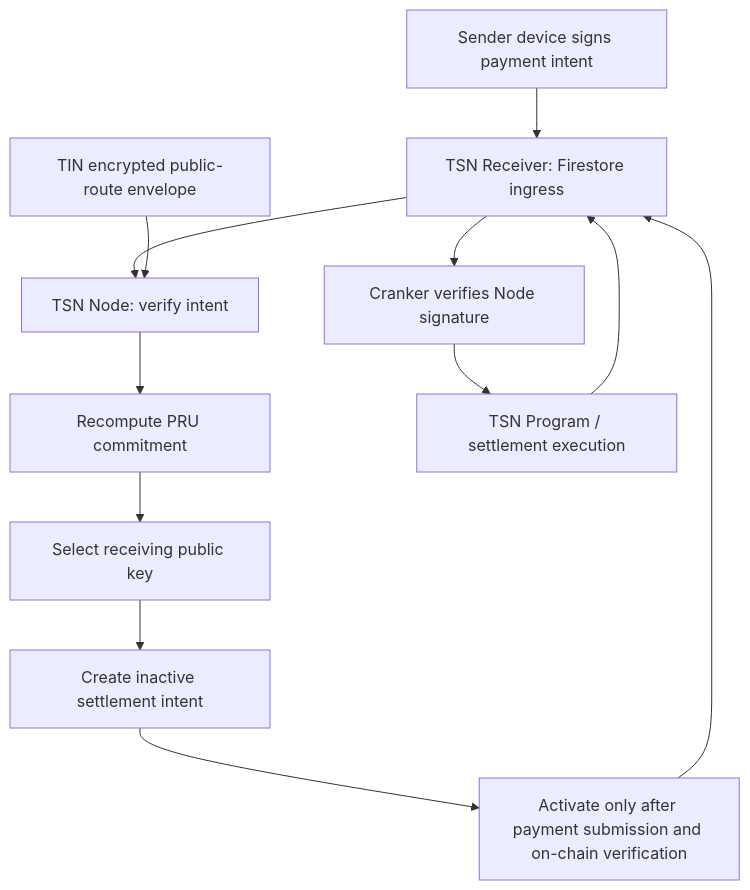
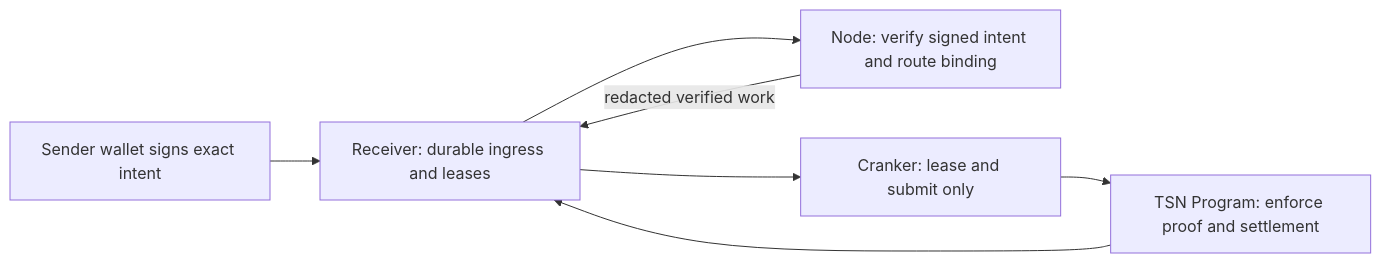
The diagram in docs/tsn-receiver-node-architecture.md (bigdreamsweb3/trustlink-pay), drawn with Mermaid before and after one commit. The commit also changed other lines of this file and 31 other files, not shown here.

````diff
--- a/docs/tsn-receiver-node-architecture.md
+++ b/docs/tsn-receiver-node-architecture.md
@@ -115,14 +7,9 @@
 ```mermaid
-flowchart TD
-  U["Sender device signs payment intent"] --> R["TSN Receiver: Firestore ingress"]
-  R --> N["TSN Node: verify intent"]
-  T["TIN encrypted public-route envelope"] --> N
-  N --> C["Recompute PRU commitment"]
-  C --> S["Select receiving public key"]
-  S --> SI["Create inactive settlement intent"]
-  SI --> A["Activate only after payment submission and on-chain verification"]
-  A --> R
-  R --> K["Cranker verifies Node signature"]
-  K --> P["TSN Program / settlement execution"]
-  P --> R
+flowchart LR
+    S["Sender wallet signs exact intent"] --> R["Receiver: durable ingress and leases"]
+    R --> N["Node: verify signed intent and route binding"]
+    N -->|"redacted verified work"| R
+    R --> C["Cranker: lease and submit only"]
+    C --> P["TSN Program: enforce proof and settlement"]
+    P --> R
 ```
````
